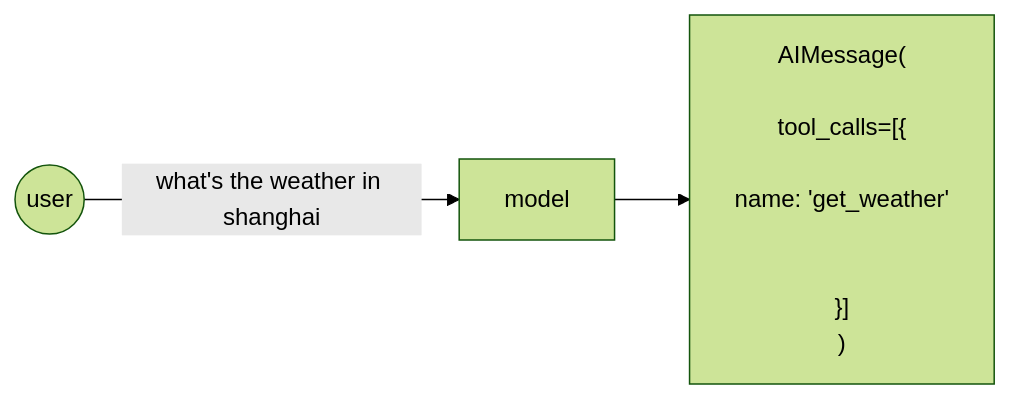
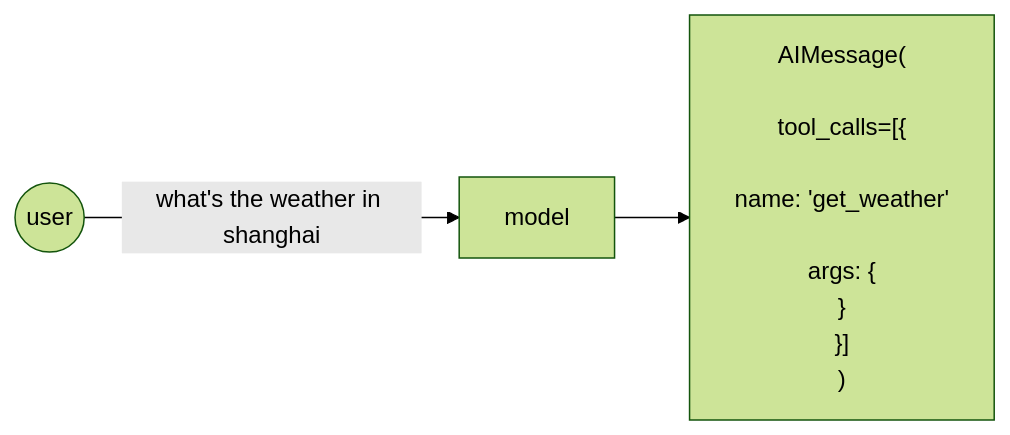
Before and after one commit to ka1fe1/iodraw-files: the diagram in all/未命名-28.md, drawn with Mermaid (forest theme).

Commit message:
2024-10-22 17:45:35 update

````diff
--- a/all/未命名-28.md
+++ b/all/未命名-28.md
@@ -1,13 +1,13 @@
 ```mermaid
 flowchart LR
     s1((user))
     s2["model"]
     s3["AIMessage(<br>
         tool_calls=[{<br>
             name: 'get_weather'<br>
-            
+            args: {<br>}
         }]
     )"]
 
     s1 -->|what's the weather in shanghai| s2 --> s3
 ```
````
